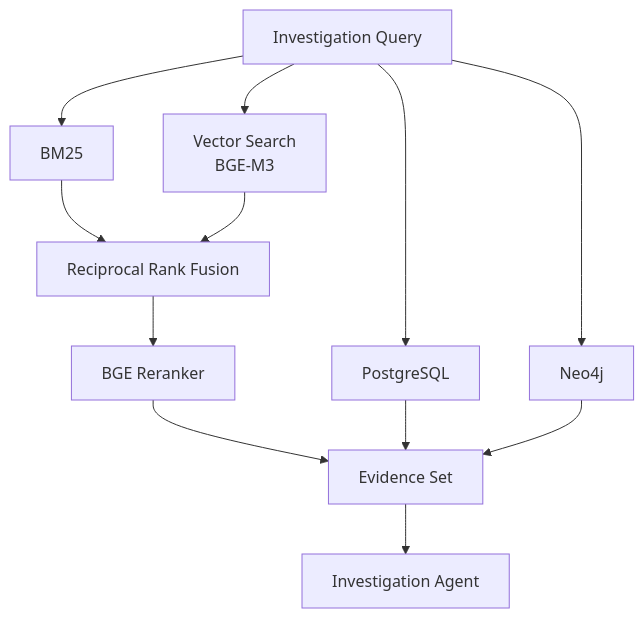
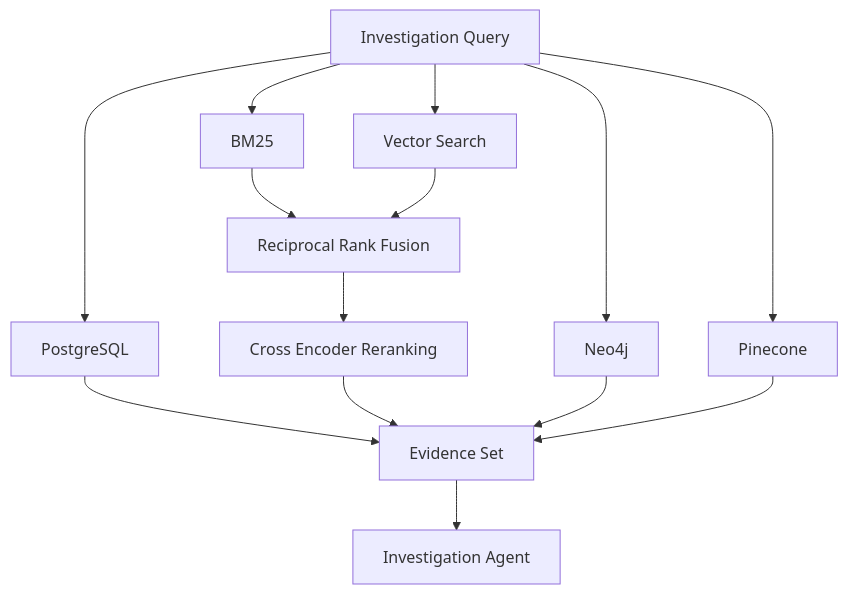
One commit to ChibuezeWilly/AI-Powered-Financial-Close-System changed the seventh of 23 diagrams in README.md. Above: the diagram before and after it, drawn with Mermaid. The commit also changed other lines of this file and 28 other files, not shown here.

````diff
--- a/README.md
+++ b/README.md
@@ -996,29 +1009,23 @@
 ```mermaid
-
 flowchart TD
 
-    Q[Investigation Query]
+    QUERY[Investigation Query]
 
-    Q --> BM25[BM25]
+    QUERY --> SQL[PostgreSQL]
+    QUERY --> BM25[BM25]
+    QUERY --> VECTOR[Vector Search]
+    QUERY --> GRAPH[Neo4j]
+    QUERY --> PINE[Pinecone]
 
-    Q --> VECTOR[Vector Search<br/>BGE-M3]
+    BM25 --> RRF[Reciprocal Rank Fusion]
+    VECTOR --> RRF
 
-    Q --> SQL[PostgreSQL]
+    RRF --> RERANK[Cross Encoder Reranking]
 
-    Q --> GRAPH[Neo4j]
+    SQL --> EVIDENCE[Evidence Set]
+    RERANK --> EVIDENCE
+    GRAPH --> EVIDENCE
+    PINE --> EVIDENCE
 
-    BM25 --> RRF[Reciprocal Rank Fusion]
-
-    VECTOR --> RRF
-
-    RRF --> RERANK[BGE Reranker]
-
-    RERANK --> EVIDENCE[Evidence Set]
-
-    SQL --> EVIDENCE
-
-    GRAPH --> EVIDENCE
-
-    EVIDENCE --> LLM[Investigation Agent]
-
+    EVIDENCE --> AGENT[Investigation Agent]
 ```
````
